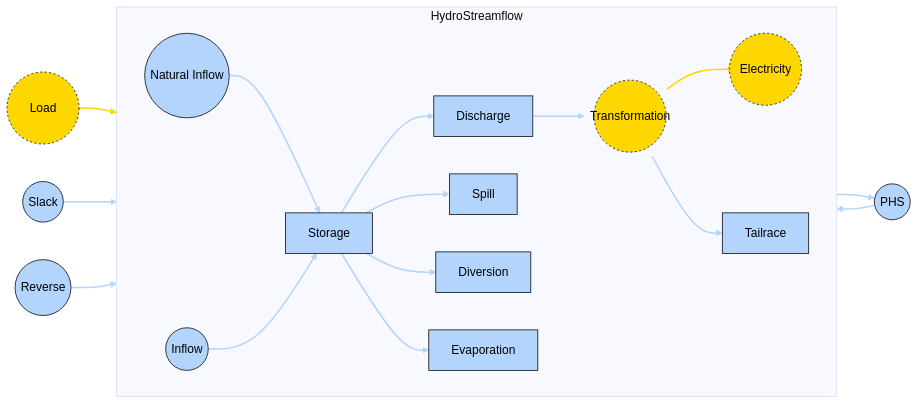
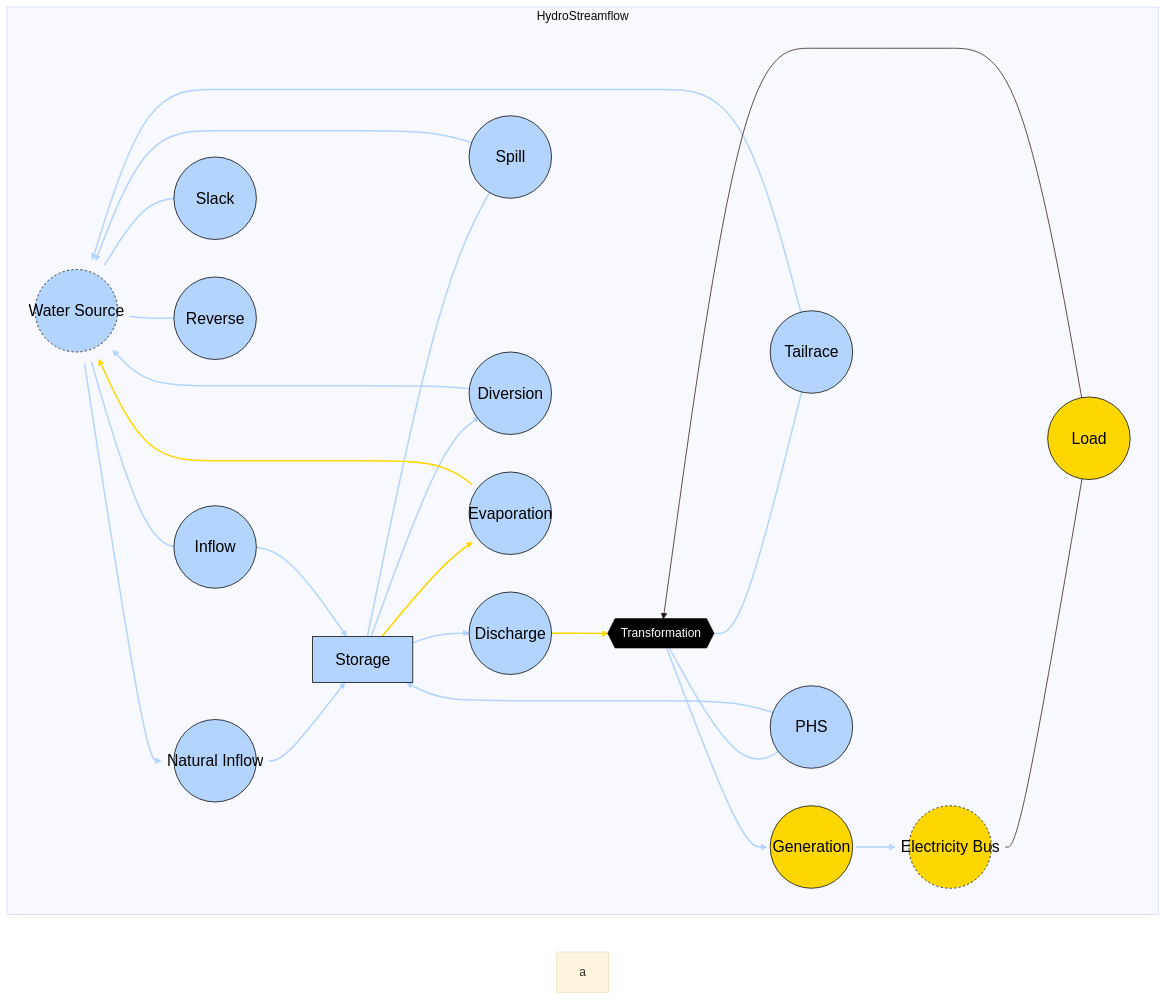
The diagram in docs/src/Manual/assets/hydrostreamflow.md (clamayag/MacroEnergy.jl), drawn with Mermaid before and after one commit.

Commit message:
mermaid update

````diff
--- a/docs/src/Manual/assets/hydrostreamflow.md
+++ b/docs/src/Manual/assets/hydrostreamflow.md
@@ -32,52 +32,67 @@
 ```mermaid
 %%{init: {'theme': 'base', 'themeVariables': { 'background': '#D1EBDE' }}}%%
 flowchart LR
   subgraph HydroStreamflow
     direction LR
-    NI((Natural Inflow)) --> S[Storage]
-    IF((Inflow)) --> S
-    S --> D[Discharge]
-    S --> SP[Spill]
-    S --> DV[Diversion]
-    S --> EV[Evaporation]
-    D --> T((Transformation))
-    T --> G((Electricity))
-    T --> TR[Tailrace]
+    WS((Water Source)) --> NI((Natural Inflow))
+    WS --> IF((Inflow))
+    NI --> S[Storage]
+    IF --> S
+    S --> D((Discharge))
+    S --> SP((Spill))
+    S --> DV((Diversion))
+    S --> EV((Evaporation))
+    D --> T{{Transformation}}
+    T --> G((Generation))
+    G --> EB((Electricity Bus))
+    T --> H((Tailrace))
+    H --> WS
+    SP --> WS
+    DV --> WS
+    EV --> WS
+    WS --> SL((Slack))
+    WS --> RV((Reverse))
+    T --> PHS((PHS))
+    PHS --> S
+    EB --> L((Load))
+    L --> T
   end
 
-  PHS((PHS)) --> S
-  S --> PHS
-  L((Load)) --> T
-  SL((Slack)) --> S
-  RV((Reverse)) --> T
+  style WS font-size:21,r:55px,fill:#B3D4FC,stroke:black,color:black,stroke-dasharray: 3,5;
+  style EB font-size:21,r:55px,fill:#FFD700,stroke:black,color:black,stroke-dasharray: 3,5;
+  style S font-size:21,r:55px,fill:#B3D4FC,stroke:black,color:black;
+  style T fill:black,stroke:black,color:white;
+  style NI font-size:21,r:55px,fill:#B3D4FC,stroke:black,color:black;
+  style IF font-size:21,r:55px,fill:#B3D4FC,stroke:black,color:black;
+  style D font-size:21,r:55px,fill:#B3D4FC,stroke:black,color:black;
+  style SP font-size:21,r:55px,fill:#B3D4FC,stroke:black,color:black;
+  style DV font-size:21,r:55px,fill:#B3D4FC,stroke:black,color:black;
+  style EV font-size:21,r:55px,fill:#B3D4FC,stroke:black,color:black;
+  style H font-size:21,r:55px,fill:#B3D4FC,stroke:black,color:black;
+  style PHS font-size:21,r:55px,fill:#B3D4FC,stroke:black,color:black;
+  style SL font-size:21,r:55px,fill:#B3D4FC,stroke:black,color:black;
+  style RV font-size:21,r:55px,fill:#B3D4FC,stroke:black,color:black;
+  style G font-size:21,r:55px,fill:#FFD700,stroke:black,color:black;
+  style L font-size:21,r:55px,fill:#FFD700,stroke:black,color:black;
 
-  style NI fill:#B3D4FC,stroke:black,color:black
-  style IF fill:#B3D4FC,stroke:black,color:black
-  style S fill:#B3D4FC,stroke:black,color:black
-  style D fill:#B3D4FC,stroke:black,color:black
-  style SP fill:#B3D4FC,stroke:black,color:black
-  style DV fill:#B3D4FC,stroke:black,color:black
-  style EV fill:#B3D4FC,stroke:black,color:black
-  style PHS fill:#B3D4FC,stroke:black,color:black
-  style TR fill:#B3D4FC,stroke:black,color:black
-  style T r:48px,fill:#FFD700,stroke:black,color:black,stroke-dasharray: 3,5;
-  style G r:48px,fill:#FFD700,stroke:black,color:black,stroke-dasharray: 3,5;
-  style L r:48px,fill:#FFD700,stroke:black,color:black,stroke-dasharray: 3,5;
-  style SL fill:#B3D4FC,stroke:black,color:black
-  style RV fill:#B3D4FC,stroke:black,color:black
-
-  linkStyle 0 stroke:#B3D4FC, stroke-width: 2px;
-  linkStyle 1 stroke:#B3D4FC, stroke-width: 2px;
-  linkStyle 2 stroke:#B3D4FC, stroke-width: 2px;
-  linkStyle 3 stroke:#B3D4FC, stroke-width: 2px;
-  linkStyle 4 stroke:#B3D4FC, stroke-width: 2px;
-  linkStyle 5 stroke:#B3D4FC, stroke-width: 2px;
-  linkStyle 6 stroke:#B3D4FC, stroke-width: 2px;
-  linkStyle 7 stroke:#FFD700, stroke-width: 2px;
-  linkStyle 8 stroke:#B3D4FC, stroke-width: 2px;
-  linkStyle 9 stroke:#B3D4FC, stroke-width: 2px;
-  linkStyle 10 stroke:#B3D4FC, stroke-width: 2px;
-  linkStyle 11 stroke:#FFD700, stroke-width: 2px;
-  linkStyle 12 stroke:#B3D4FC, stroke-width: 2px;
-  linkStyle 13 stroke:#B3D4FC, stroke-width: 2px;
+  linkStyle 0 stroke:#B3D4FC,stroke-width:2px; a@{ animate: true };
+  linkStyle 1 stroke:#B3D4FC,stroke-width:2px; a@{ animate: true };
+  linkStyle 2 stroke:#B3D4FC,stroke-width:2px; a@{ animate: true };
+  linkStyle 3 stroke:#B3D4FC,stroke-width:2px; a@{ animate: true };
+  linkStyle 4 stroke:#B3D4FC,stroke-width:2px; a@{ animate: true };
+  linkStyle 5 stroke:#B3D4FC,stroke-width:2px; a@{ animate: true };
+  linkStyle 6 stroke:#B3D4FC,stroke-width:2px; a@{ animate: true };
+  linkStyle 7 stroke:#FFD700,stroke-width:2px; a@{ animate: true };
+  linkStyle 8 stroke:#FFD700,stroke-width:2px; a@{ animate: true };
+  linkStyle 9 stroke:#B3D4FC,stroke-width:2px; a@{ animate: true };
+  linkStyle 10 stroke:#B3D4FC,stroke-width:2px; a@{ animate: true };
+  linkStyle 11 stroke:#B3D4FC,stroke-width:2px; a@{ animate: true };
+  linkStyle 12 stroke:#B3D4FC,stroke-width:2px; a@{ animate: true };
+  linkStyle 13 stroke:#B3D4FC,stroke-width:2px; a@{ animate: true };
+  linkStyle 14 stroke:#B3D4FC,stroke-width:2px; a@{ animate: true };
+  linkStyle 15 stroke:#FFD700,stroke-width:2px; a@{ animate: true };
+  linkStyle 16 stroke:#B3D4FC,stroke-width:2px; a@{ animate: true };
+  linkStyle 17 stroke:#B3D4FC,stroke-width:2px; a@{ animate: true };
+  linkStyle 18 stroke:#B3D4FC,stroke-width:2px; a@{ animate: true };
+  linkStyle 19 stroke:#B3D4FC,stroke-width:2px; a@{ animate: true };
 ```
````
